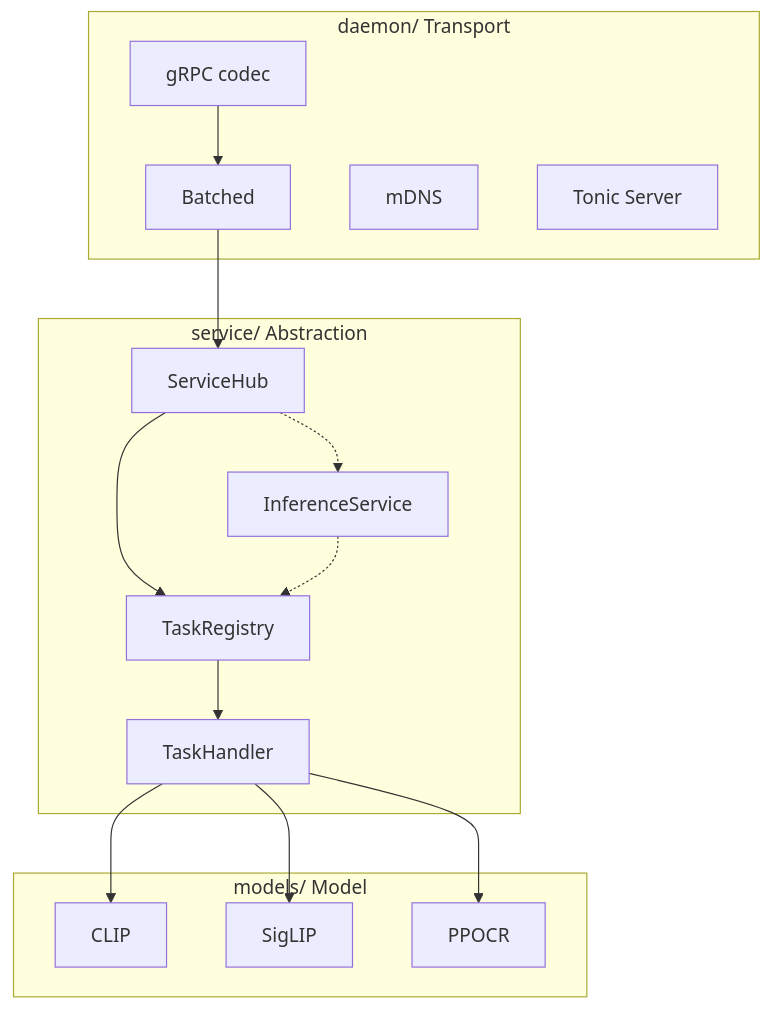
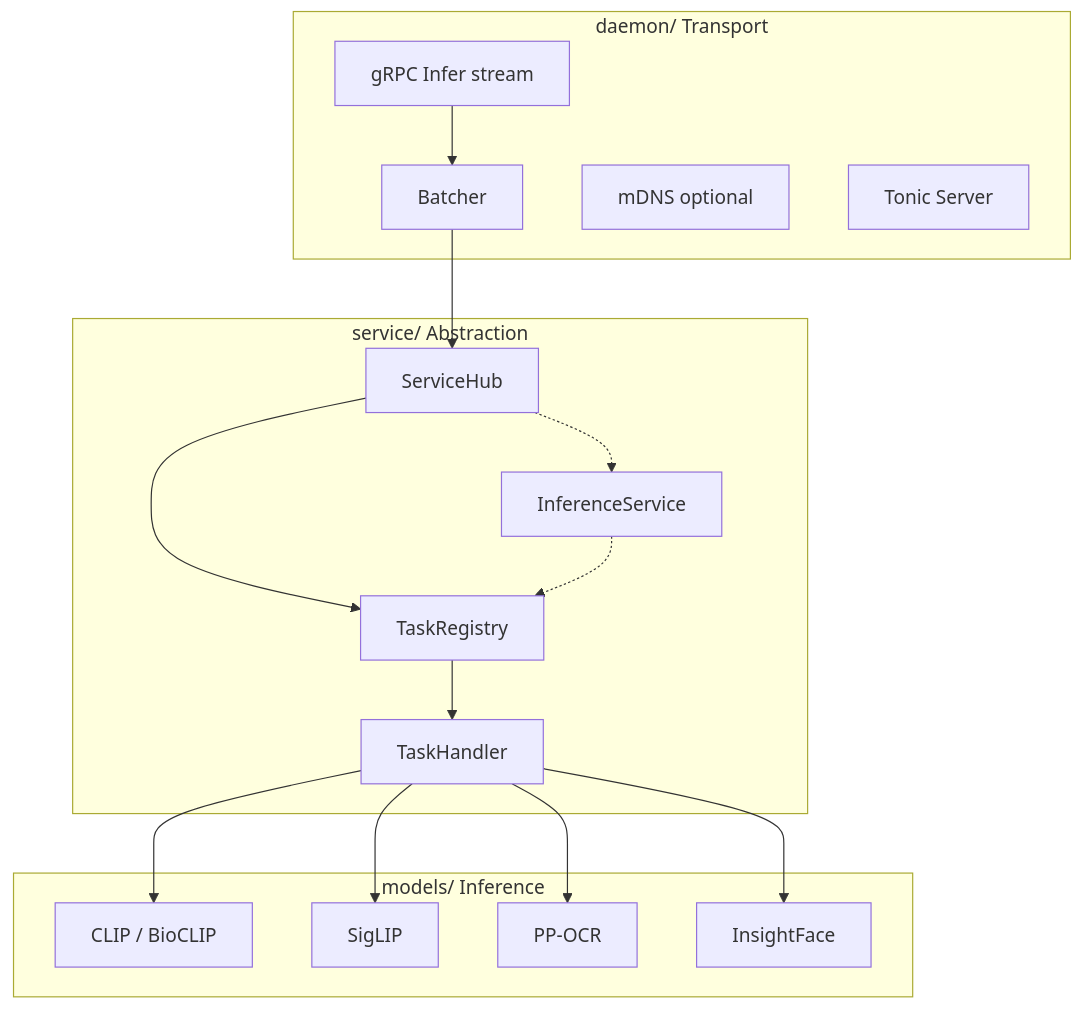
Before and after one commit to EdwinZhanCN/Lumen-Hub: the diagram in docs/docs/architecture/overview.md, drawn with Mermaid. The commit also changed other lines of this file and 16 other files, not shown here.

````diff
--- a/docs/docs/architecture/overview.md
+++ b/docs/docs/architecture/overview.md
@@ -11,32 +11,34 @@
 ```mermaid
 graph TD
     subgraph daemon["daemon/ Transport"]
-        gRPC[gRPC codec]
-        Batcher[Batched]
-        mDNS[mDNS]
+        gRPC[gRPC Infer stream]
+        Batcher[Batcher]
+        mDNS[mDNS optional]
         Server[Tonic Server]
     end
 
     subgraph service["service/ Abstraction"]
         Hub[ServiceHub]
         Registry[TaskRegistry]
         ISvc[InferenceService]
         TH[TaskHandler]
     end
 
-    subgraph models["models/ Model"]
-        CLIP[CLIP]
+    subgraph models["models/ Inference"]
+        CLIP[CLIP / BioCLIP]
         SigLIP[SigLIP]
-        PPOCR[PPOCR]
+        PPOCR[PP-OCR]
+        IFace[InsightFace]
     end
 
     gRPC --> Batcher
     Batcher --> Hub
     Hub --> Registry
     Registry --> TH
     TH --> CLIP
     TH --> SigLIP
     TH --> PPOCR
+    TH --> IFace
     Hub -.-> ISvc
     ISvc -.-> Registry
 ```
````
